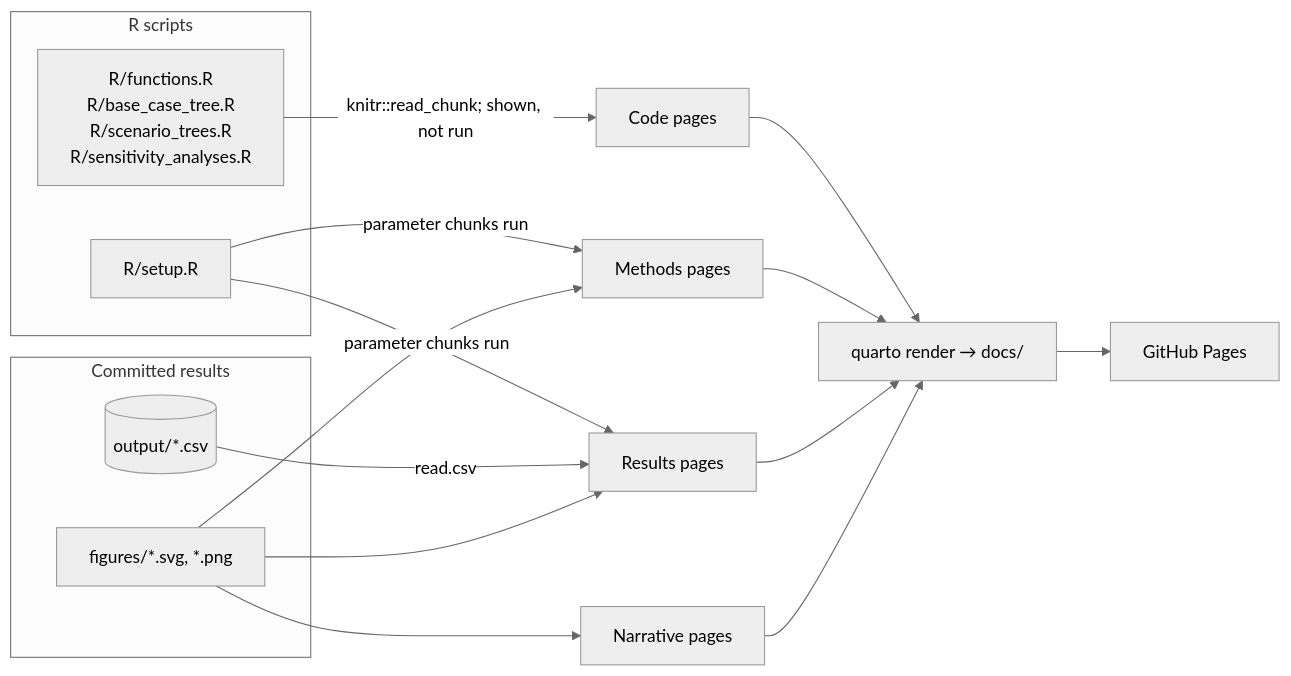
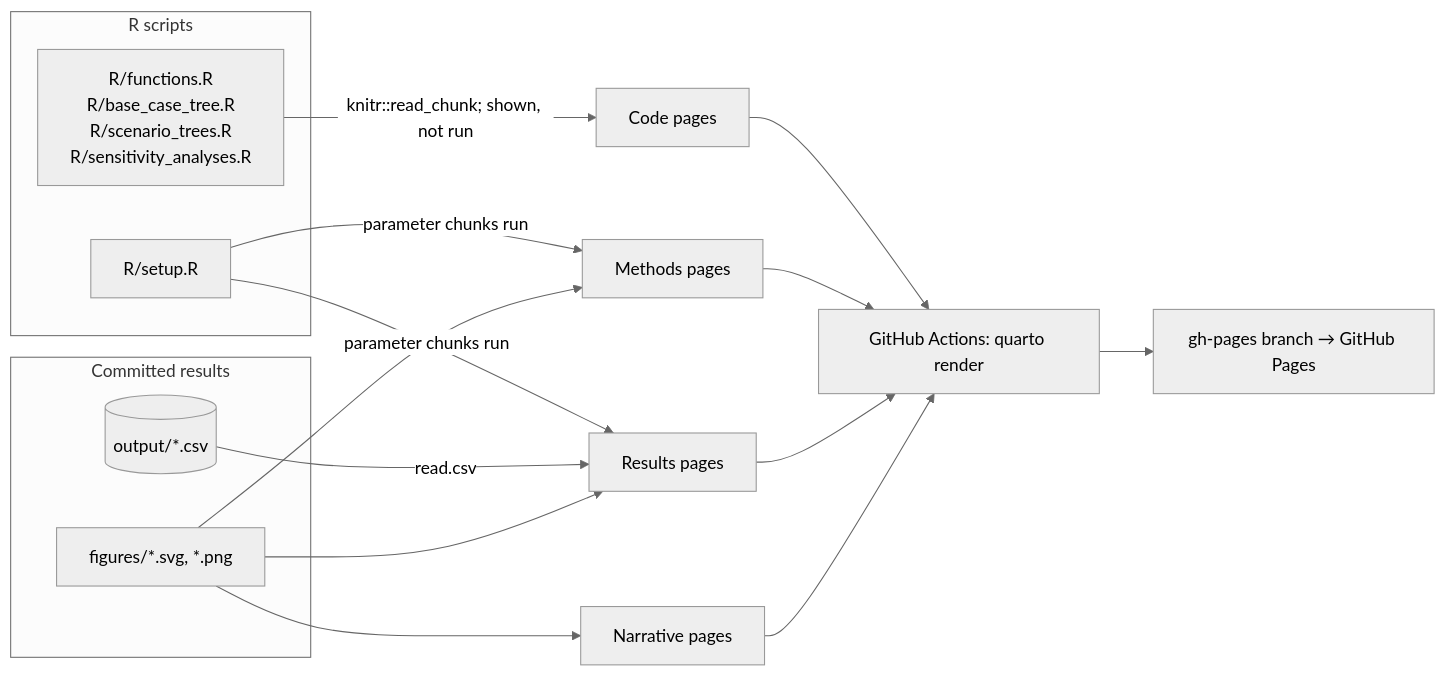
The fourth of 4 diagrams in ARCHITECTURE.md (VagishHemmige/Cryptococcus-donor-screening-CEA), drawn with Mermaid (neutral theme) before and after one commit. The commit also changed other lines of this file and 84 other files, not shown here.

First line of the commit message:
Render and publish the site with GitHub Actions

````diff
--- a/ARCHITECTURE.md
+++ b/ARCHITECTURE.md
@@ -155,23 +155,23 @@
 ```mermaid
 flowchart LR
     subgraph R["R scripts"]
       setupR["R/setup.R"]
       others["R/functions.R<br/>R/base_case_tree.R<br/>R/scenario_trees.R<br/>R/sensitivity_analyses.R"]
     end
     subgraph A["Committed results"]
       csv[("output/*.csv")]
       fig["figures/*.svg, *.png"]
     end
     others -- "knitr::read_chunk; shown, not run" --> code["Code pages"]
     setupR -- "parameter chunks run" --> meth["Methods pages"]
     setupR -- "parameter chunks run" --> res["Results pages"]
     csv -- "read.csv" --> res
     fig --> res
     fig --> meth
     fig --> narr["Narrative pages"]
-    code --> docs["quarto render → docs/"]
+    code --> docs["GitHub Actions: quarto render"]
     meth --> docs
     res --> docs
     narr --> docs
-    docs --> gh["GitHub Pages"]
+    docs --> gh["gh-pages branch → GitHub Pages"]
 ```
````
